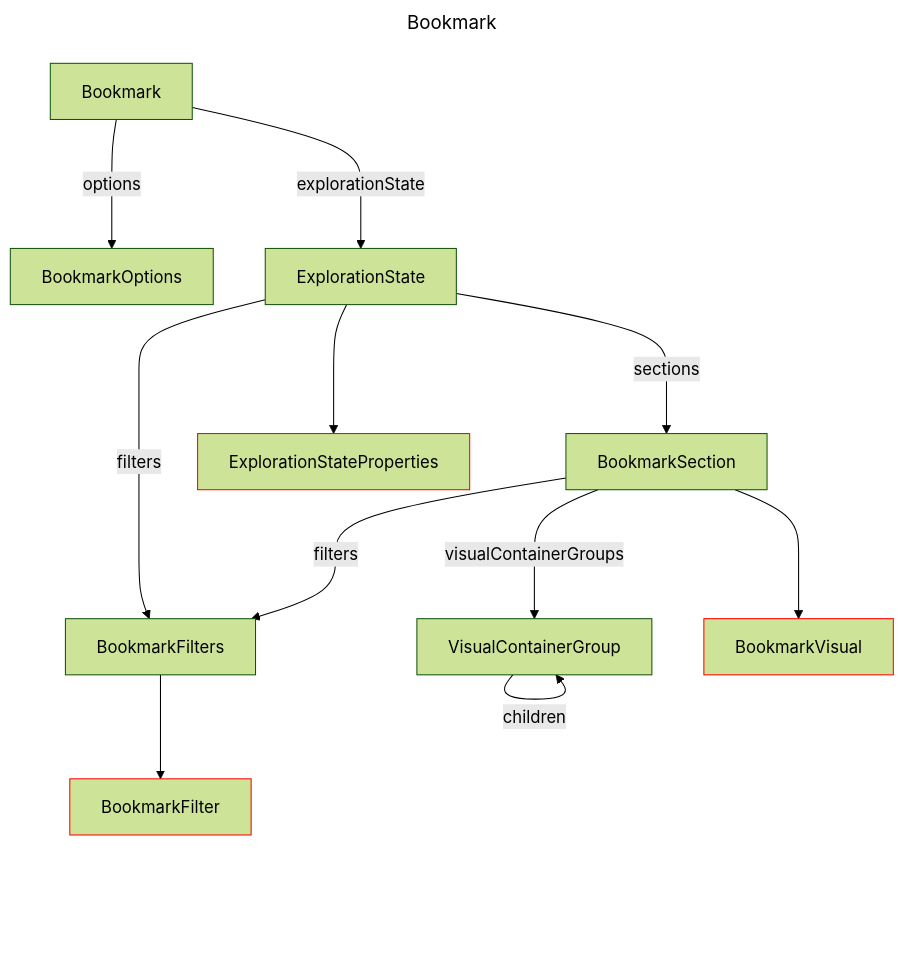
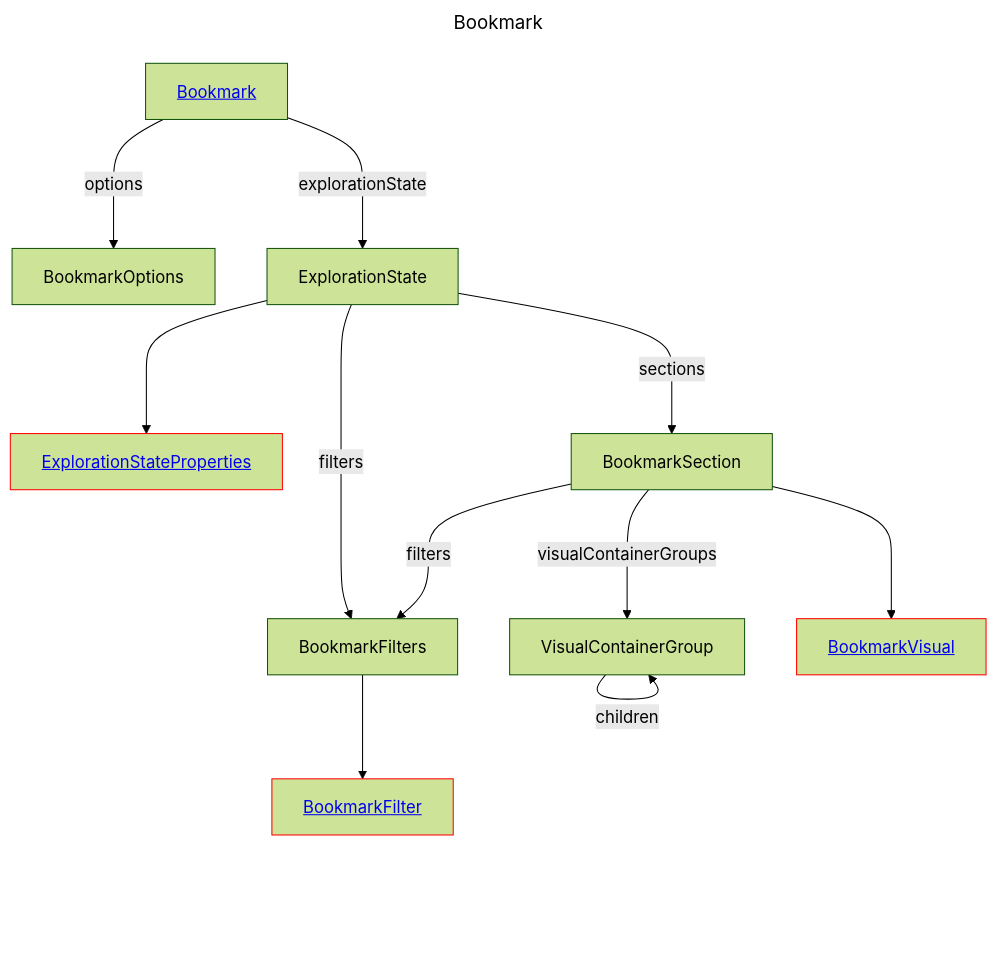
Before and after one commit to douglassimonsen/pbi_core: the diagram in docs/docs/layout/erd/Bookmark.md, drawn with Mermaid (forest theme). The commit also changed 76 other files, not shown here.

````diff
--- a/docs/docs/layout/erd/Bookmark.md
+++ b/docs/docs/layout/erd/Bookmark.md
@@ -1,28 +1,28 @@
 ```mermaid
 ---
 title: Bookmark
 ---
 graph 
-2430514862576["BookmarkSection"]
-2430514888928["BookmarkOptions"]
-2430514881120["ExplorationState"]
-2430514847936["VisualContainerGroup"]
-2430514834272["BookmarkFilters"]
-2430071997344["BookmarkFilter"]
-style 2430071997344 stroke:#ff0000,stroke-width:1px
-2430514883072["Bookmark"]
-2430514852816["BookmarkVisual"]
-style 2430514852816 stroke:#ff0000,stroke-width:1px
-2430514868432["ExplorationStateProperties"]
-style 2430514868432 stroke:#ff0000,stroke-width:1px
-2430514862576 ---> 2430514852816
-2430514834272 ---> 2430071997344
-2430514881120 --->|sections| 2430514862576
-2430514862576 --->|visualContainerGroups| 2430514847936
-2430514883072 --->|options| 2430514888928
-2430514883072 --->|explorationState| 2430514881120
-2430514881120 --->|filters| 2430514834272
-2430514881120 ---> 2430514868432
-2430514862576 --->|filters| 2430514834272
-2430514847936 --->|children| 2430514847936
+Bookmark[<a href='/layout/erd/Bookmark'>Bookmark</a>]
+BookmarkFilter[<a href='/layout/erd/BookmarkFilter'>BookmarkFilter</a>]
+style BookmarkFilter stroke:#ff0000,stroke-width:1px
+BookmarkFilters[BookmarkFilters]
+BookmarkOptions[BookmarkOptions]
+BookmarkSection[BookmarkSection]
+BookmarkVisual[<a href='/layout/erd/BookmarkVisual'>BookmarkVisual</a>]
+style BookmarkVisual stroke:#ff0000,stroke-width:1px
+ExplorationState[ExplorationState]
+ExplorationStateProperties[<a href='/layout/erd/ExplorationStateProperties'>ExplorationStateProperties</a>]
+style ExplorationStateProperties stroke:#ff0000,stroke-width:1px
+VisualContainerGroup[VisualContainerGroup]
+Bookmark --->|options| BookmarkOptions
+Bookmark --->|explorationState| ExplorationState
+ExplorationState ---> ExplorationStateProperties
+VisualContainerGroup --->|children| VisualContainerGroup
+BookmarkSection --->|filters| BookmarkFilters
+BookmarkSection --->|visualContainerGroups| VisualContainerGroup
+ExplorationState --->|filters| BookmarkFilters
+BookmarkFilters ---> BookmarkFilter
+BookmarkSection ---> BookmarkVisual
+ExplorationState --->|sections| BookmarkSection
 ```
````
